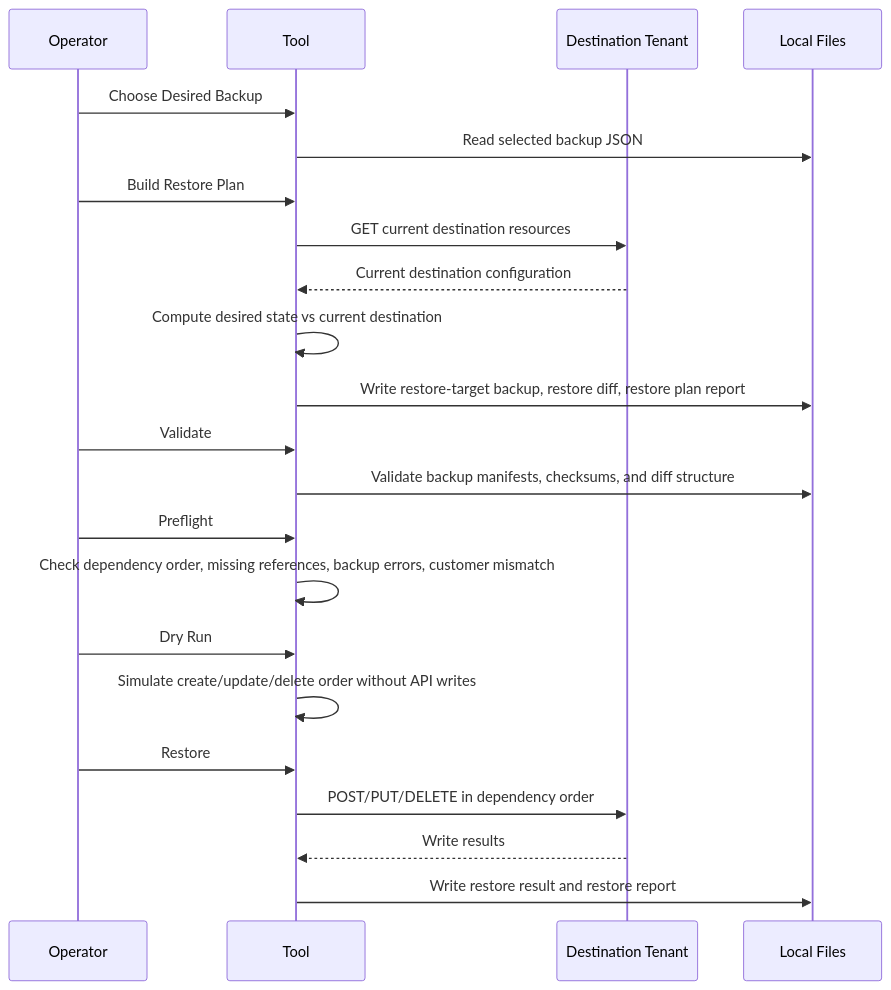
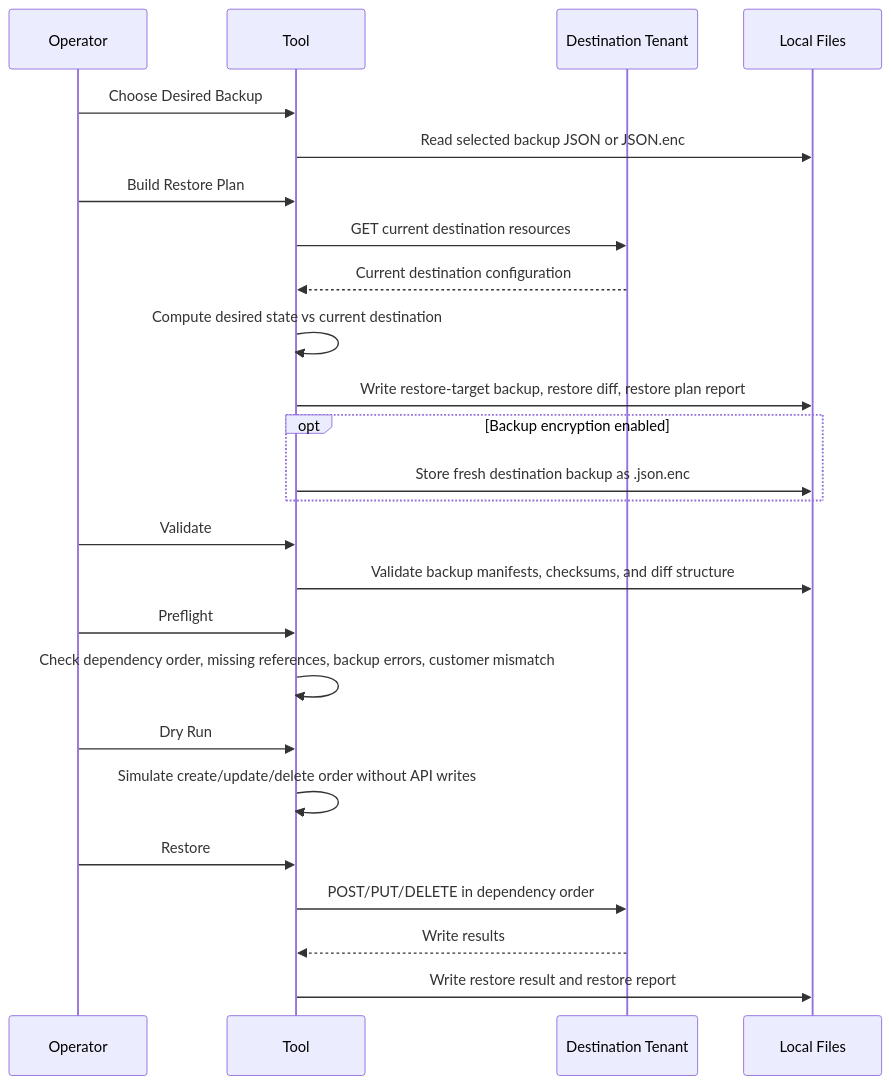
Before and after one commit to EggertsIT/ZPA-BackupNrestore: the sixth of 12 diagrams in docs/PROCESS.md, drawn with Mermaid. The commit also changed other lines of this file and 1 other file, not shown here.

Commit message:
Document encrypted backup process

````diff
--- a/docs/PROCESS.md
+++ b/docs/PROCESS.md
@@ -110,25 +148,28 @@
 ```mermaid
 sequenceDiagram
     participant Operator
     participant Tool
     participant Dest as Destination Tenant
     participant Files as Local Files
 
     Operator->>Tool: Choose Desired Backup
-    Tool->>Files: Read selected backup JSON
+    Tool->>Files: Read selected backup JSON or JSON.enc
     Operator->>Tool: Build Restore Plan
     Tool->>Dest: GET current destination resources
     Dest-->>Tool: Current destination configuration
     Tool->>Tool: Compute desired state vs current destination
     Tool->>Files: Write restore-target backup, restore diff, restore plan report
+    opt Backup encryption enabled
+        Tool->>Files: Store fresh destination backup as .json.enc
+    end
     Operator->>Tool: Validate
     Tool->>Files: Validate backup manifests, checksums, and diff structure
     Operator->>Tool: Preflight
     Tool->>Tool: Check dependency order, missing references, backup errors, customer mismatch
     Operator->>Tool: Dry Run
     Tool->>Tool: Simulate create/update/delete order without API writes
     Operator->>Tool: Restore
     Tool->>Dest: POST/PUT/DELETE in dependency order
     Dest-->>Tool: Write results
     Tool->>Files: Write restore result and restore report
 ```
````
